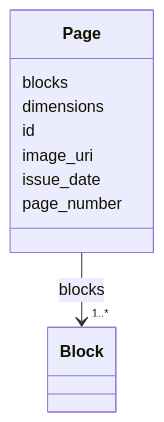
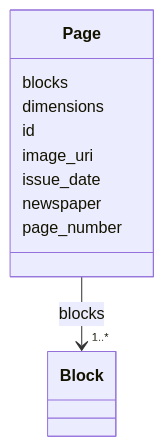
Before and after one commit to dsmedia/pruzhany-schema: the diagram in linkml/generated/docs/pages/Page.md, drawn with Mermaid. The commit also changed other lines of this file and 60 other files, not shown here.

````diff
--- a/linkml/generated/docs/pages/Page.md
+++ b/linkml/generated/docs/pages/Page.md
@@ -23,27 +23,29 @@
 ```mermaid
  classDiagram
     class Page
     click Page href "../Page/"
       Page : blocks
         
           
     
         
         
         Page --> "1..*" Block : blocks
         click Block href "../Block/"
     
 
         
       Page : dimensions
         
       Page : id
         
       Page : image_uri
         
       Page : issue_date
         
+      Page : newspaper
+        
       Page : page_number
         
       
 ```
````
